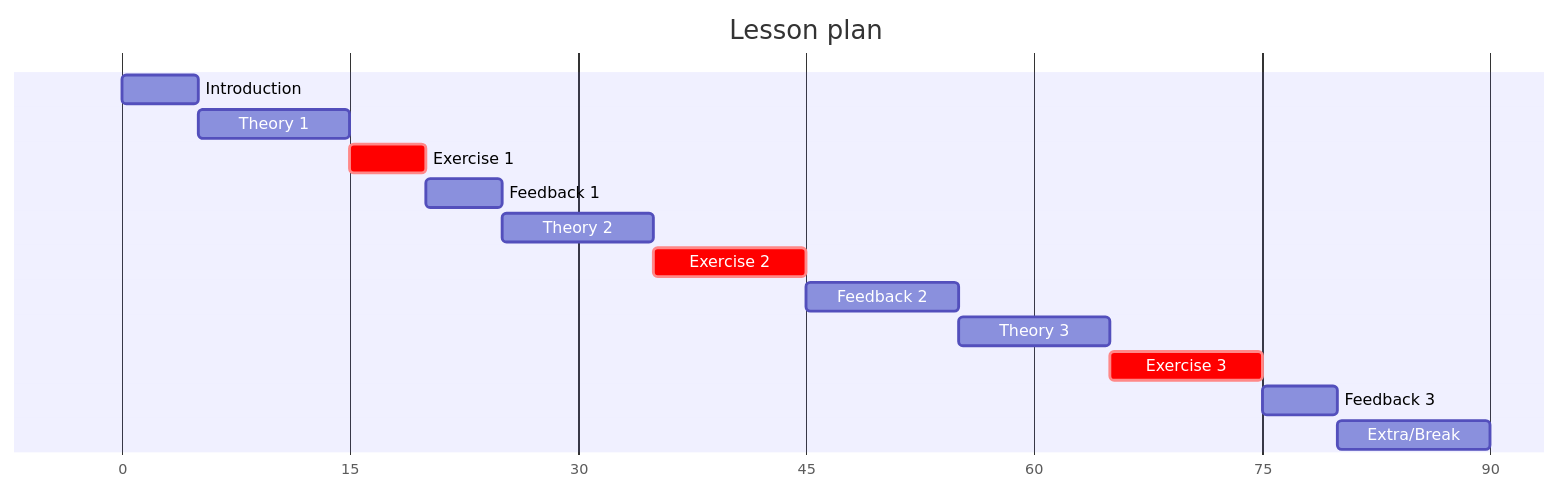
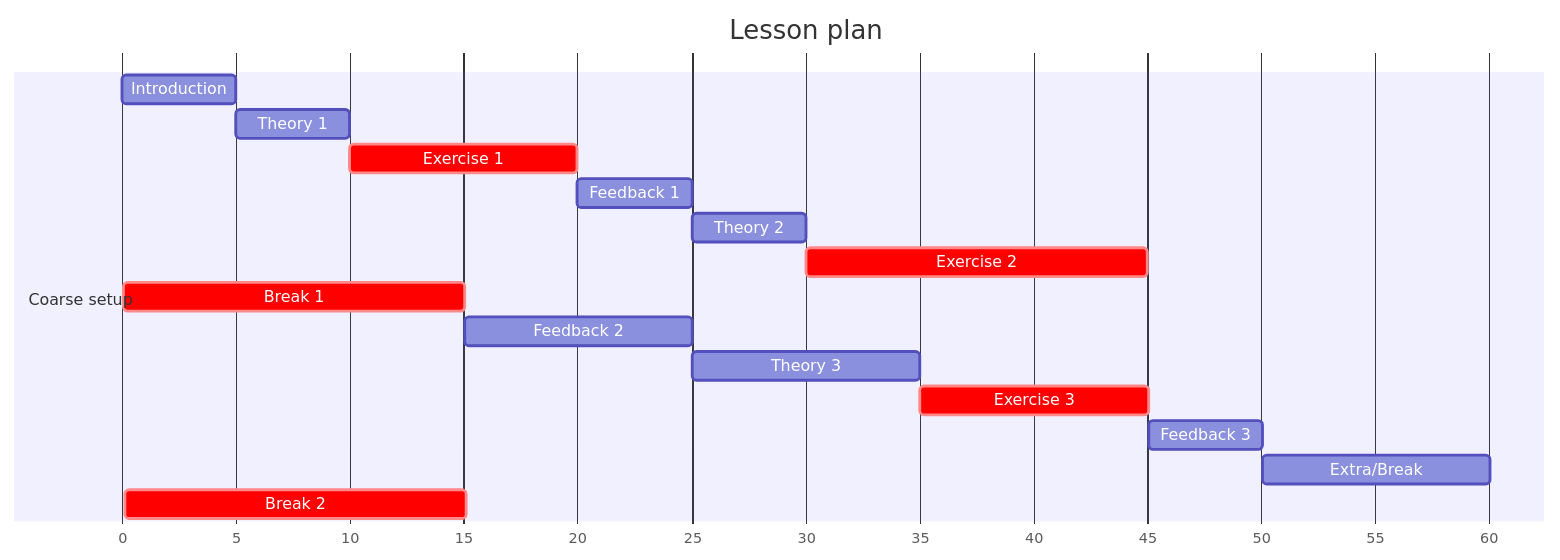
One commit to richelbilderbeek/lesson_mermaid changed the first of 7 diagrams in README.md. Above: the diagram before and after it, drawn with Mermaid. The commit also changed other lines of this file and 1 other file, not shown here.

Commit message:
Rename header

````diff
--- a/README.md
+++ b/README.md
@@ -18,17 +18,20 @@
 ```mermaid
 gantt
   title Lesson plan
   dateFormat X
   axisFormat %s
+  section Coarse setup
   Introduction : intro, 0, 5s
-  Theory 1: theory_1, after intro, 10s
-  Exercise 1: crit, exercise_1, after theory_1, 5s
+  Theory 1: theory_1, after intro, 5s
+  Exercise 1: crit, exercise_1, after theory_1, 10s
   Feedback 1: feedback_1, after exercise_1, 5s
-  Theory 2: theory_2, after feedback_1, 10s
-  Exercise 2: crit, exercise_2, after theory_2, 10s
-  Feedback 2: feedback_2, after exercise_2, 10s
+  Theory 2: theory_2, after feedback_1, 5s
+  Exercise 2: crit, exercise_2, after theory_2, 15s
+  Break 1: crit, break_1, 45, 15s
+  Feedback 2: feedback_2, after break_1, 10s
   Theory 3: theory_3, after feedback_2, 10s
   Exercise 3: crit, exercise_3, after theory_3, 10s
   Feedback 3: feedback_3, after exercise_3, 5s
   Extra/Break: after feedback_3, 10s
+  Break 2: crit, 105, 15s
 ```
````
